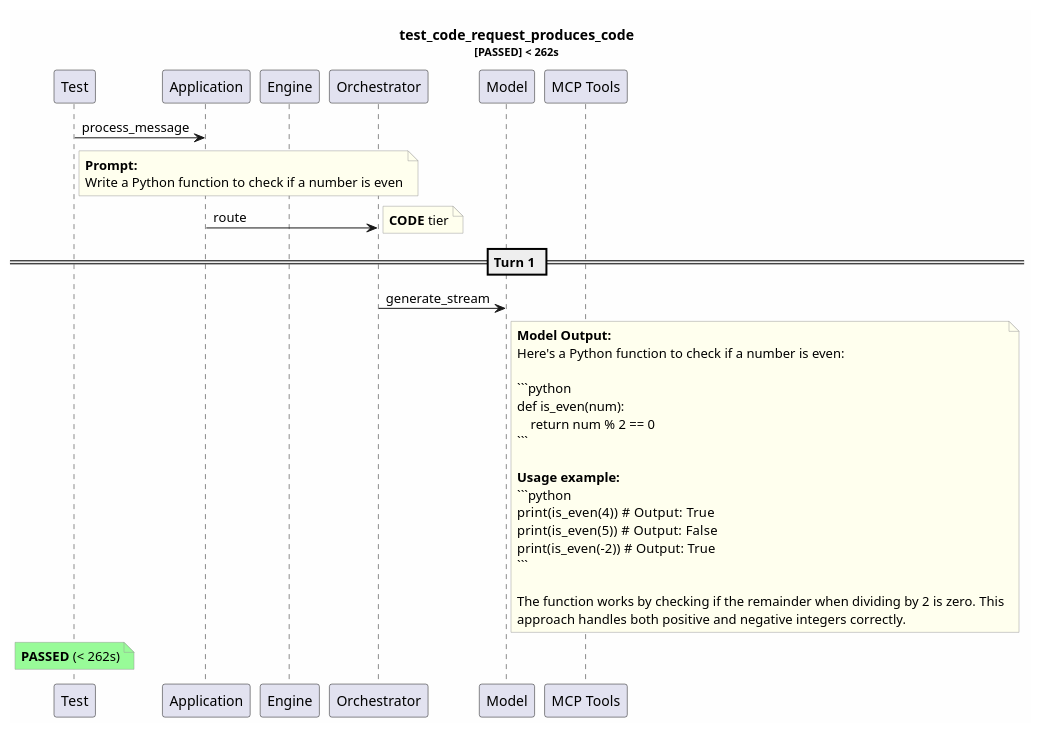
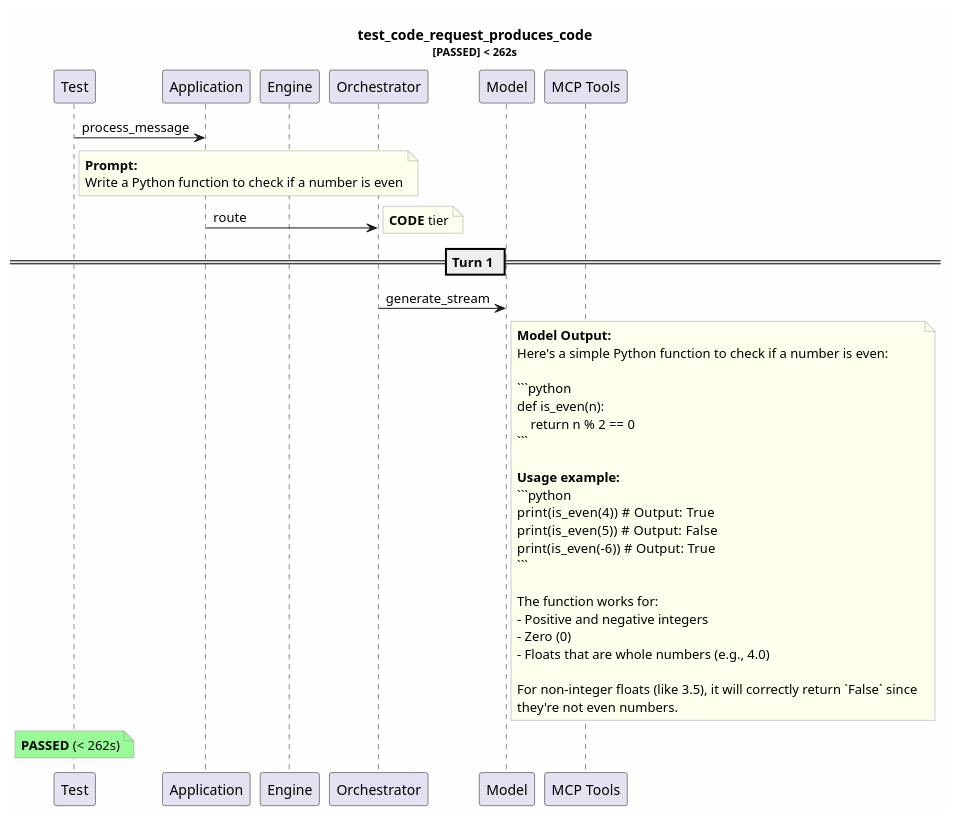
The diagram in test-reports/logs/test_code_request_produces_code/test_code_request_produces_code.puml (tvanfossen/entropic), drawn with PlantUML before and after one commit. The commit also changed 30 other files, not shown here.

````diff
--- a/test-reports/logs/test_code_request_produces_code/test_code_request_produces_code.puml
+++ b/test-reports/logs/test_code_request_produces_code/test_code_request_produces_code.puml
@@ -1,46 +1,51 @@
 @startuml
 skinparam backgroundColor #FEFEFE
 skinparam noteBorderColor #999999
 skinparam noteBackgroundColor #FFFFEE
 title test_code_request_produces_code\n<size:11>[PASSED] < 262s</size>
 
 participant "Test" as T
 participant "Application" as App
 participant "Engine" as Eng
 participant "Orchestrator" as Orch
 participant "Model" as Mdl
 participant "MCP Tools" as MCP
 
 T -> App: process_message
 note right of T
   **Prompt:**
   Write a Python function to check if a number is even
 end note
 App -> Orch: route
 note right: **CODE** tier
 == Turn 1 ==
 Orch -> Mdl: generate_stream
 note right of Mdl
   **Model Output:**
-  Here's a Python function to check if a number is even:
+  Here's a simple Python function to check if a number is even:
   
   ```python
-  def is_even(num):
-      return num % 2 == 0
+  def is_even(n):
+      return n % 2 == 0
   ```
   
   **Usage example:**
   ```python
   print(is_even(4))   # Output: True
   print(is_even(5))   # Output: False
-  print(is_even(-2))  # Output: True
+  print(is_even(-6))  # Output: True
   ```
   
-  The function works by checking if the remainder when dividing by 2 is zero. This
-  approach handles both positive and negative integers correctly.
+  The function works for:
+  - Positive and negative integers
+  - Zero (0)
+  - Floats that are whole numbers (e.g., 4.0)
+  
+  For non-integer floats (like 3.5), it will correctly return `False` since 
+  they're not even numbers.
 end note
 note over T #palegreen
   **PASSED** (< 262s)
 end note
 
 @enduml
````
